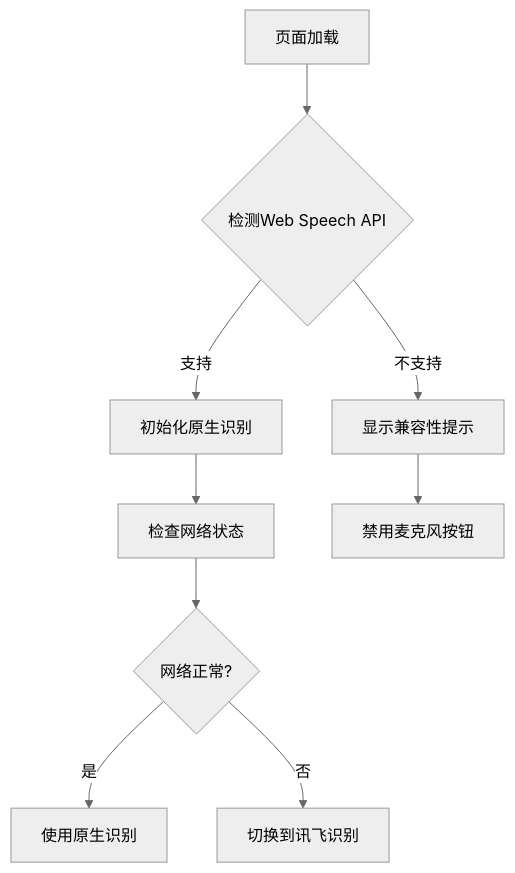
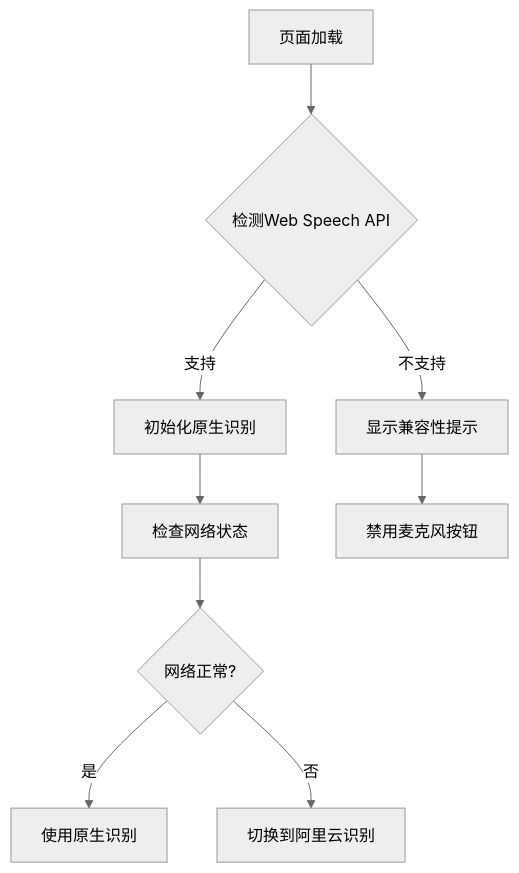
The third of 8 diagrams in .qoder/repowiki/zh/content/快速开始.md (db300/MySpeechRecognition), drawn with Mermaid (neutral theme) before and after one commit. The commit also changed other lines of this file and 15 other files, not shown here.

````diff
--- a/.qoder/repowiki/zh/content/快速开始.md
+++ b/.qoder/repowiki/zh/content/快速开始.md
@@ -137,11 +144,11 @@
 ```mermaid
 flowchart TD
 A[页面加载] --> B{检测Web Speech API}
 B --> |支持| C[初始化原生识别]
 B --> |不支持| D[显示兼容性提示]
 C --> E[检查网络状态]
 E --> F{网络正常?}
 F --> |是| G[使用原生识别]
-F --> |否| H[切换到讯飞识别]
+F --> |否| H[切换到阿里云识别]
 D --> I[禁用麦克风按钮]
 ```
````
